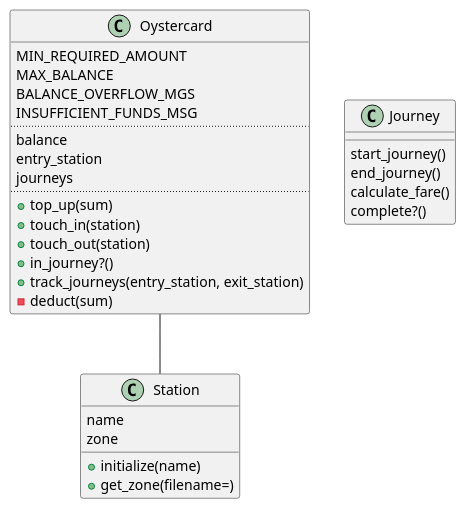
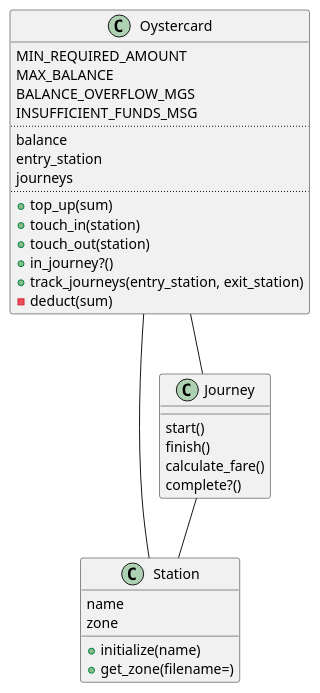
One commit to meta-morpho-sys/new_oystercard changed the diagram in oystercard.puml. Above: the diagram before and after it, drawn with PlantUML. The commit also changed 5 other files, not shown here.

```diff
--- a/oystercard.puml
+++ b/oystercard.puml
@@ -1,38 +1,41 @@
 @startuml
 
 class Oystercard {
 MIN_REQUIRED_AMOUNT
 MAX_BALANCE
 BALANCE_OVERFLOW_MGS
 INSUFFICIENT_FUNDS_MSG
 ..
 balance
 entry_station
 journeys
 ..
 + top_up(sum)
 + touch_in(station)
 + touch_out(station)
 + in_journey?()
 + track_journeys(entry_station, exit_station)
 - deduct(sum)
 }
 
 class Station {
 name
 zone
 +initialize(name)
 +get_zone(filename=)
 }
 
 class Journey {
-start_journey()
-end_journey()
+start()
+finish()
 calculate_fare()
 complete?()
 
 }
 Oystercard -- Station
+Journey -- Station
+Oystercard -- Journey
+
 
 
 @enduml
```
